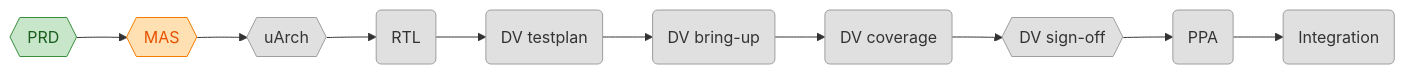
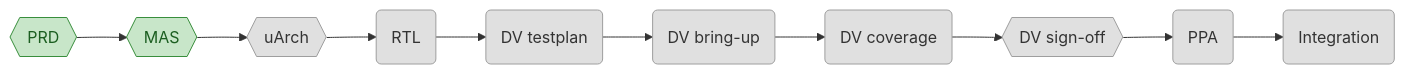
The first of 3 diagrams in hw/PROGRESS.md (matanco64/HWSW_Project), drawn with Mermaid before and after one commit. The commit also changed other lines of this file and 5 other files, not shown here.

````diff
--- a/hw/PROGRESS.md
+++ b/hw/PROGRESS.md
@@ -10,22 +10,21 @@
 ```mermaid
 flowchart LR
     prd{{PRD}}
     mas{{MAS}}
     uarch{{uArch}}
     rtl(RTL)
     dv_testplan(DV testplan)
     dv_bringup(DV bring-up)
     dv_coverage(DV coverage)
     dv_signoff{{DV sign-off}}
     ppa(PPA)
     integration(Integration)
     prd --> mas --> uarch --> rtl --> dv_testplan --> dv_bringup --> dv_coverage --> dv_signoff --> ppa --> integration
     classDef todo fill:#e0e0e0,stroke:#9e9e9e,color:#333
     classDef in_progress fill:#bbdefb,stroke:#1976d2,color:#0d47a1
     classDef review fill:#ffe0b2,stroke:#f57c00,color:#e65100
     classDef done fill:#c8e6c9,stroke:#388e3c,color:#1b5e20
     classDef blocked fill:#ffcdd2,stroke:#d32f2f,color:#b71c1c
     class uarch,rtl,dv_testplan,dv_bringup,dv_coverage,dv_signoff,ppa,integration todo
-    class mas review
-    class prd done
+    class prd,mas done
 ```
````
